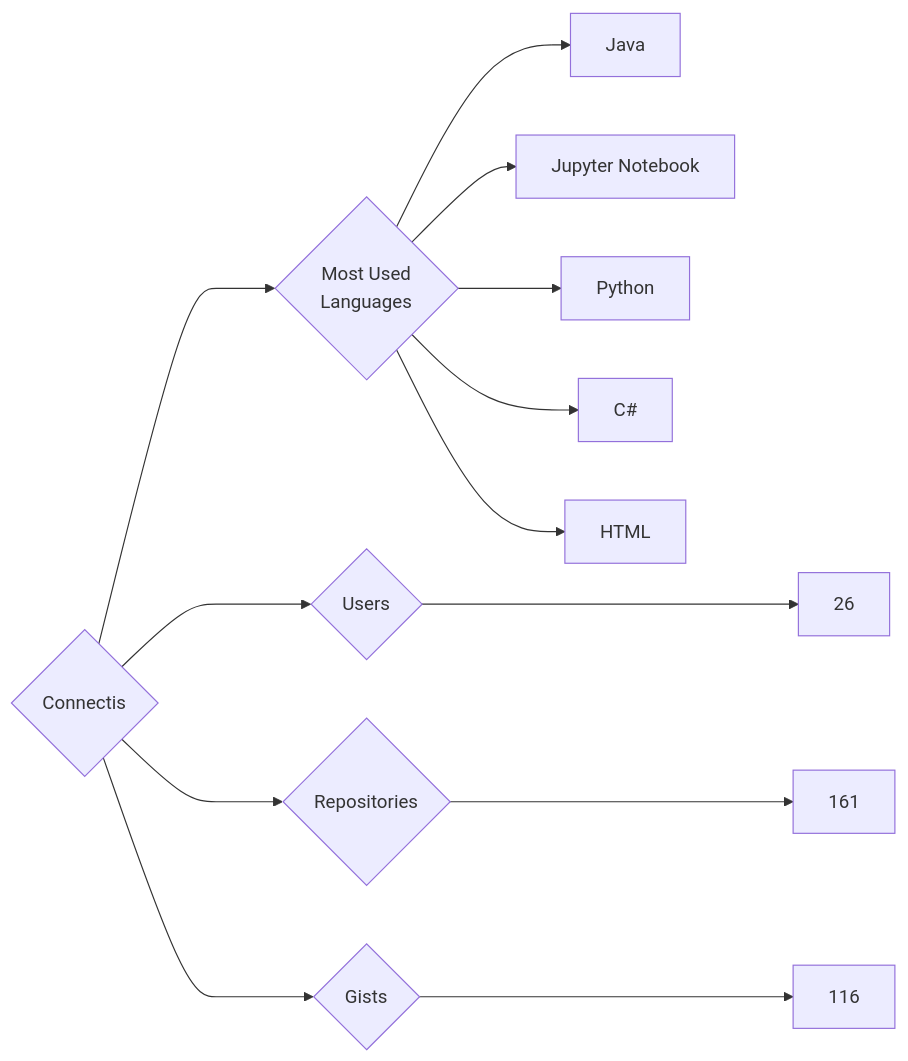
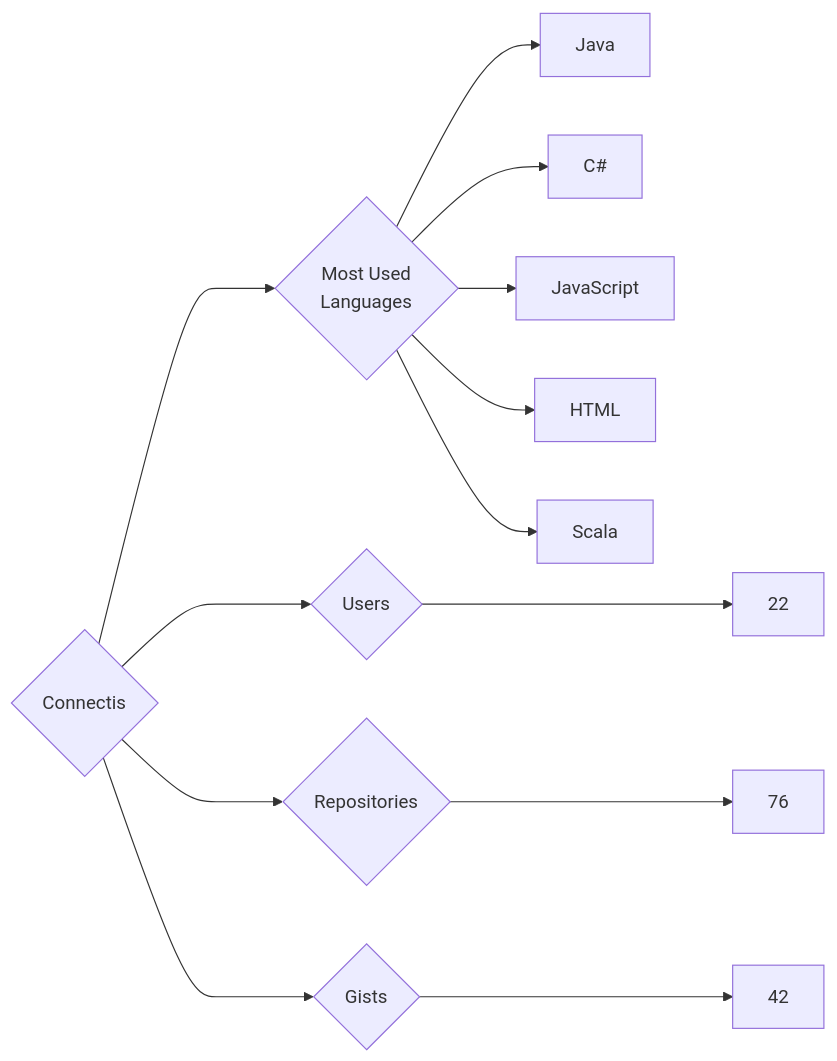
Before and after one commit to trickest/insiders: the diagram in targets/Connectis/README.md, drawn with Mermaid. The commit also changed 773 other files, not shown here.

````diff
--- a/targets/Connectis/README.md
+++ b/targets/Connectis/README.md
@@ -3,13 +3,13 @@
 ```mermaid
 graph LR
 COMPANY_NAME{Connectis}
-COMPANY_NAME ---> U{Users} ---> UN[26]
-COMPANY_NAME ---> R{Repositories} ---> RN[161]
-COMPANY_NAME ---> G{Gists} ---> GN[116]
+COMPANY_NAME ---> U{Users} ---> UN[22]
+COMPANY_NAME ---> R{Repositories} ---> RN[76]
+COMPANY_NAME ---> G{Gists} ---> GN[42]
 COMPANY_NAME ---> ML{Most Used<br>Languages}
 ML --> Java[Java]
-ML --> Jupyter_Notebook[Jupyter Notebook]
-ML --> Python[Python]
 ML --> C#[C#]
+ML --> JavaScript[JavaScript]
 ML --> HTML[HTML]
+ML --> Scala[Scala]
 ```
````
